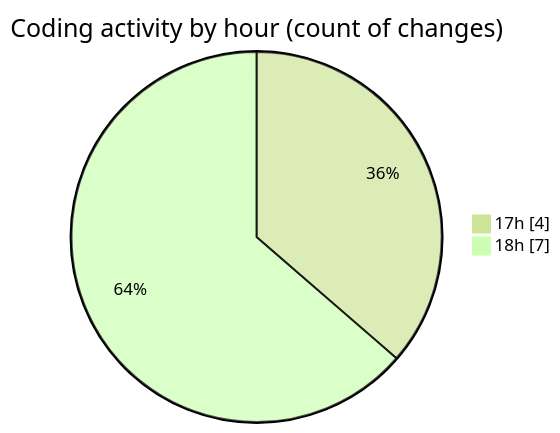
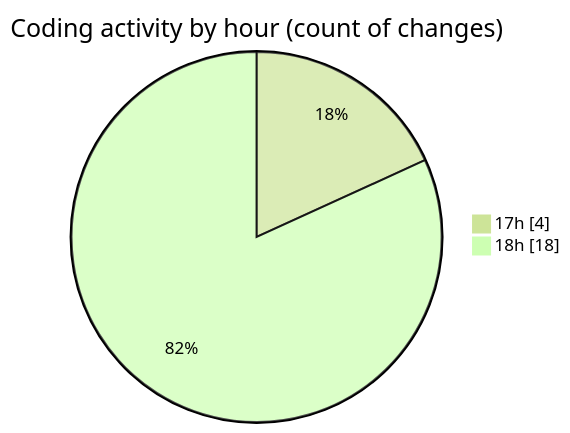
The second of 2 diagrams in 2025-03-18/myws__workspace_/README.md (MatusMokan/code-tracking), drawn with Mermaid (forest theme) before and after one commit. The commit also changed other lines of this file and 1 other file, not shown here.

````diff
--- a/2025-03-18/myws__workspace_/README.md
+++ b/2025-03-18/myws__workspace_/README.md
@@ -30,6 +30,6 @@
 ```mermaid
 pie showData
 title Coding activity by hour (count of changes)
 "17h" : 4
-"18h" : 7
+"18h" : 18
 ```
````
